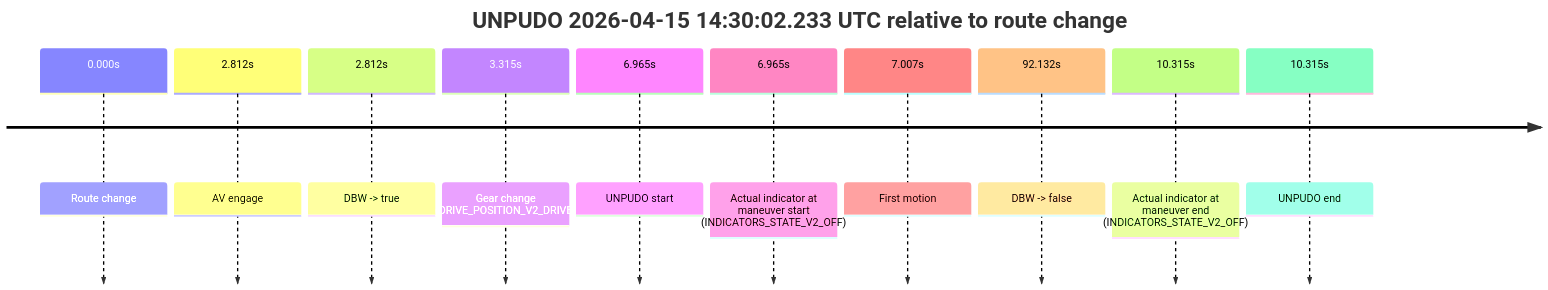
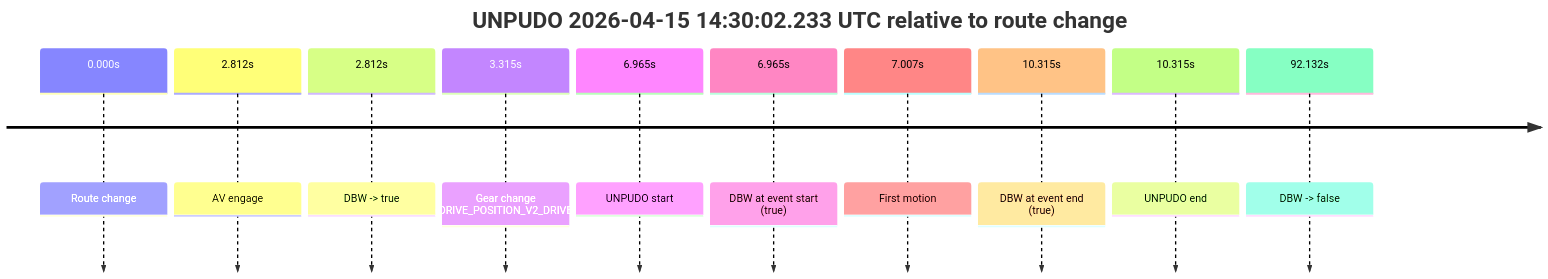
Before and after one commit to yoelshapiro/vault: the first of 2 diagrams in model_analysis/report_cards/2026/04/Week-3/fme20015--2026-04-15--14-16-31--gen2-av-28d171b6-80a7-4e64-8aa8-b306a6530d69.md, drawn with Mermaid. The commit also changed other lines of this file and 32 other files, not shown here.

````diff
--- a/model_analysis/report_cards/2026/04/Week-3/fme20015--2026-04-15--14-16-31--gen2-av-28d171b6-80a7-4e64-8aa8-b306a6530d69.md
+++ b/model_analysis/report_cards/2026/04/Week-3/fme20015--2026-04-15--14-16-31--gen2-av-28d171b6-80a7-4e64-8aa8-b306a6530d69.md
@@ -129,14 +43,14 @@
 ```mermaid
 timeline
     title UNPUDO 2026-04-15 14:30:02.233 UTC relative to route change
     0.000s : Route change
     2.812s : AV engage
     2.812s : DBW -> true
     3.315s : Gear change (DRIVE_POSITION_V2_DRIVE)
     6.965s : UNPUDO start
-    6.965s : Actual indicator at maneuver start (INDICATORS_STATE_V2_OFF)
+    6.965s : DBW at event start (true)
     7.007s : First motion
+    10.315s : DBW at event end (true)
+    10.315s : UNPUDO end
     92.132s : DBW -> false
-    10.315s : Actual indicator at maneuver end (INDICATORS_STATE_V2_OFF)
-    10.315s : UNPUDO end
 ```
````
